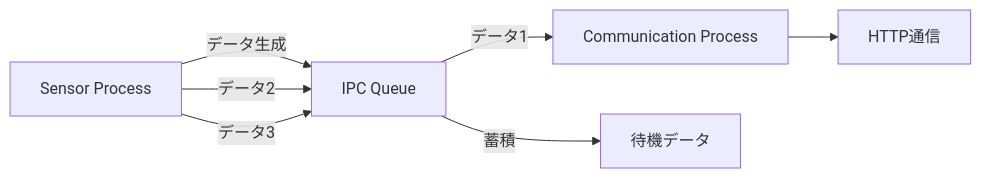
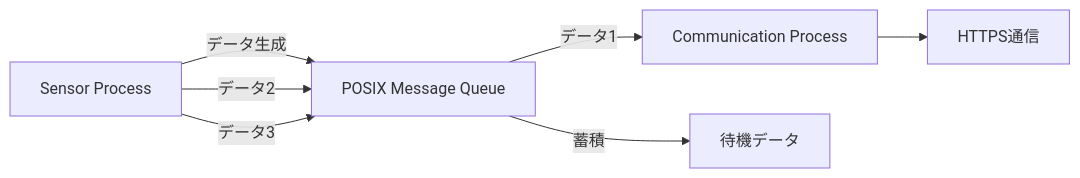
The tenth of 15 diagrams in docs/04_data_ipc_communication.md (yujimasuda77777/Raspberry_Pi_4B_Edge_IoT_System), drawn with Mermaid before and after one commit. The commit also changed other lines of this file and 1 other file, not shown here.

````diff
--- a/docs/04_data_ipc_communication.md
+++ b/docs/04_data_ipc_communication.md
@@ -599,16 +609,16 @@
 ```mermaid
 flowchart LR
     Sensor["Sensor Process"]
-    Queue["IPC Queue"]
+    Queue["POSIX Message Queue"]
     Comm["Communication Process"]
-    HTTP["HTTP通信"]
+    HTTP["HTTPS通信"]
 
     Sensor -->|データ生成| Queue
     Queue -->|データ1| Comm
     Comm --> HTTP
 
     Sensor -->|データ2| Queue
     Sensor -->|データ3| Queue
 
     Queue -->|蓄積| Data["待機データ"]
 ```
````
